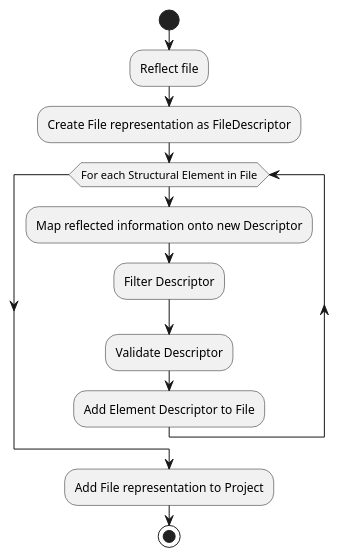
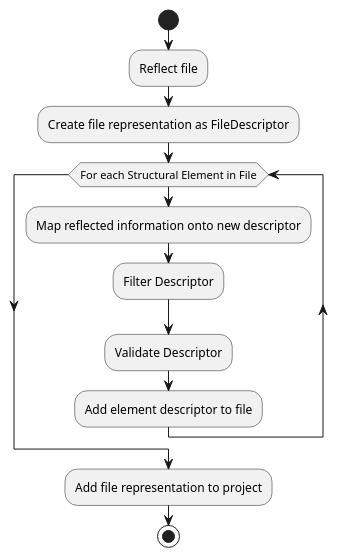
Before and after one commit to phpDocumentor/phpDocumentor: the third of 4 diagrams in docs/internals/flow.rst, drawn with PlantUML. The commit also changed other lines of this file and 8 other files, not shown here.

Commit message:
Improve internal architecture docs.

```diff
--- a/docs/internals/flow.rst
+++ b/docs/internals/flow.rst
@@ -115,17 +105,17 @@
 .. uml::
 
    start
 
    :Reflect file;
-   :Create File representation as FileDescriptor;
+    :Create file representation as FileDescriptor;
 
    while (For each Structural Element in File)
-       :Map reflected information onto new Descriptor;
-       :Filter Descriptor;
-       :Validate Descriptor;
-       :Add Element Descriptor to File;
+        :Map reflected information onto new descriptor;
+        :Filter Descriptor;
+        :Validate Descriptor;
+        :Add element descriptor to file;
    endwhile;
 
-   :Add File representation to Project;
+    :Add file representation to project;
 
    stop
```
